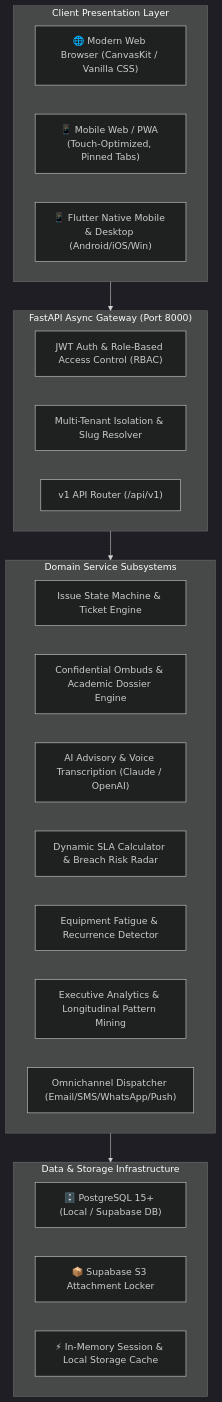
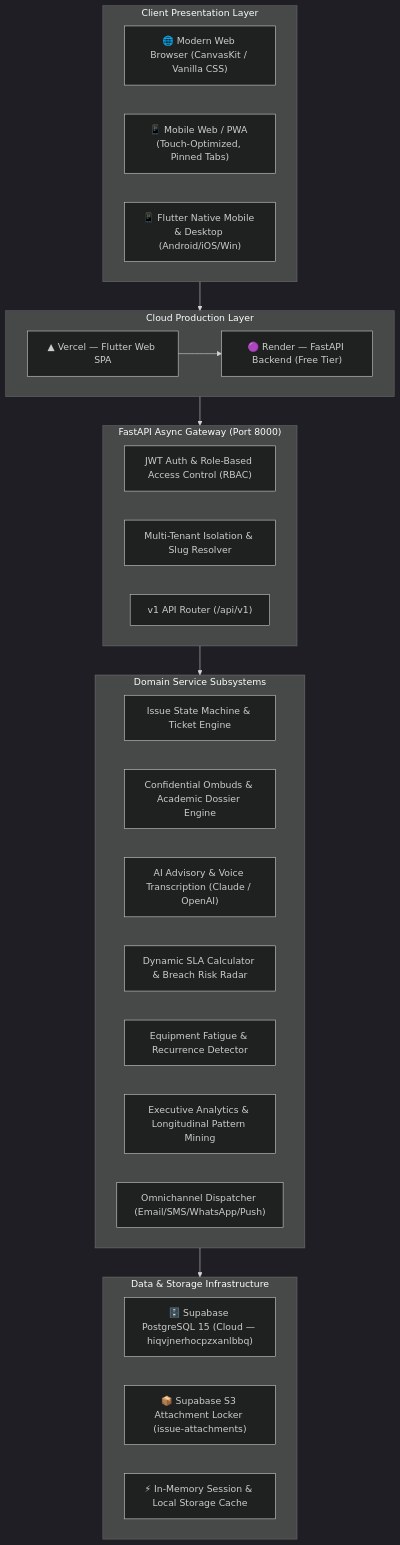
One commit to samruddhi-1324/Campus-Management-System changed the diagram in technical.md. Above: the diagram before and after it, drawn with Mermaid (dark theme). The commit also changed other lines of this file and 1 other file, not shown here.

Commit message:
docs: full session memory sync — CORS fix, Render/Vercel env vars, deployment guide, bug log

````diff
--- a/technical.md
+++ b/technical.md
@@ -11,34 +12,41 @@
 ```mermaid
 flowchart TD
     subgraph ClientTiers["Client Presentation Layer"]
         WEB["🌐 Modern Web Browser (CanvasKit / Vanilla CSS)"]
         MOBILE_PWA["📱 Mobile Web / PWA (Touch-Optimized, Pinned Tabs)"]
         FLUTTER_APP["📱 Flutter Native Mobile & Desktop (Android/iOS/Win)"]
+    end
+
+    subgraph Cloud["Cloud Production Layer"]
+        VERCEL["▲ Vercel — Flutter Web SPA"]
+        RENDER["🟣 Render — FastAPI Backend (Free Tier)"]
     end
 
     subgraph APIGateway["FastAPI Async Gateway (Port 8000)"]
         AUTH_MW["JWT Auth & Role-Based Access Control (RBAC)"]
         TENANT_MW["Multi-Tenant Isolation & Slug Resolver"]
         ROUTER["v1 API Router (/api/v1)"]
     end
 
     subgraph Microservices["Domain Service Subsystems"]
         ISSUE_SVC["Issue State Machine & Ticket Engine"]
         ACADEMIC_SVC["Confidential Ombuds & Academic Dossier Engine"]
         AI_SVC["AI Advisory & Voice Transcription (Claude / OpenAI)"]
         SLA_SVC["Dynamic SLA Calculator & Breach Risk Radar"]
         RECURRENCE_SVC["Equipment Fatigue & Recurrence Detector"]
         ANALYTICS_SVC["Executive Analytics & Longitudinal Pattern Mining"]
         NOTIF_SVC["Omnichannel Dispatcher (Email/SMS/WhatsApp/Push)"]
     end
 
     subgraph DataStorage["Data & Storage Infrastructure"]
-        POSTGRES["🗄️ PostgreSQL 15+ (Local / Supabase DB)"]
-        BUCKET["📦 Supabase S3 Attachment Locker"]
+        POSTGRES["🗄️ Supabase PostgreSQL 15 (Cloud — hiqvjnerhocpzxanlbbq)"]
+        BUCKET["📦 Supabase S3 Attachment Locker (issue-attachments)"]
         CACHE["⚡ In-Memory Session & Local Storage Cache"]
     end
 
-    ClientTiers --> APIGateway
+    ClientTiers --> Cloud
+    VERCEL --> RENDER
+    Cloud --> APIGateway
     APIGateway --> Microservices
     Microservices --> DataStorage
 ```
````
